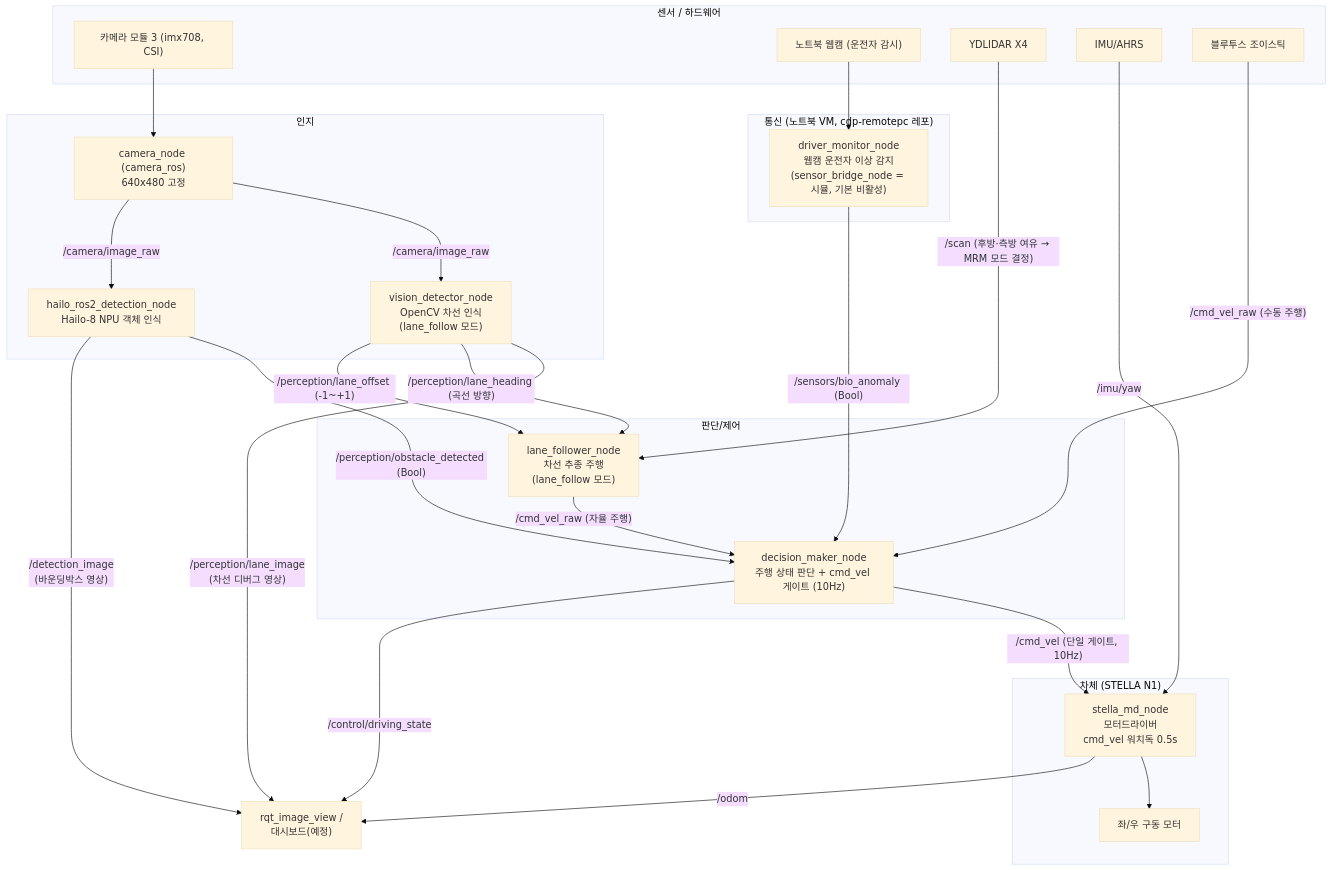
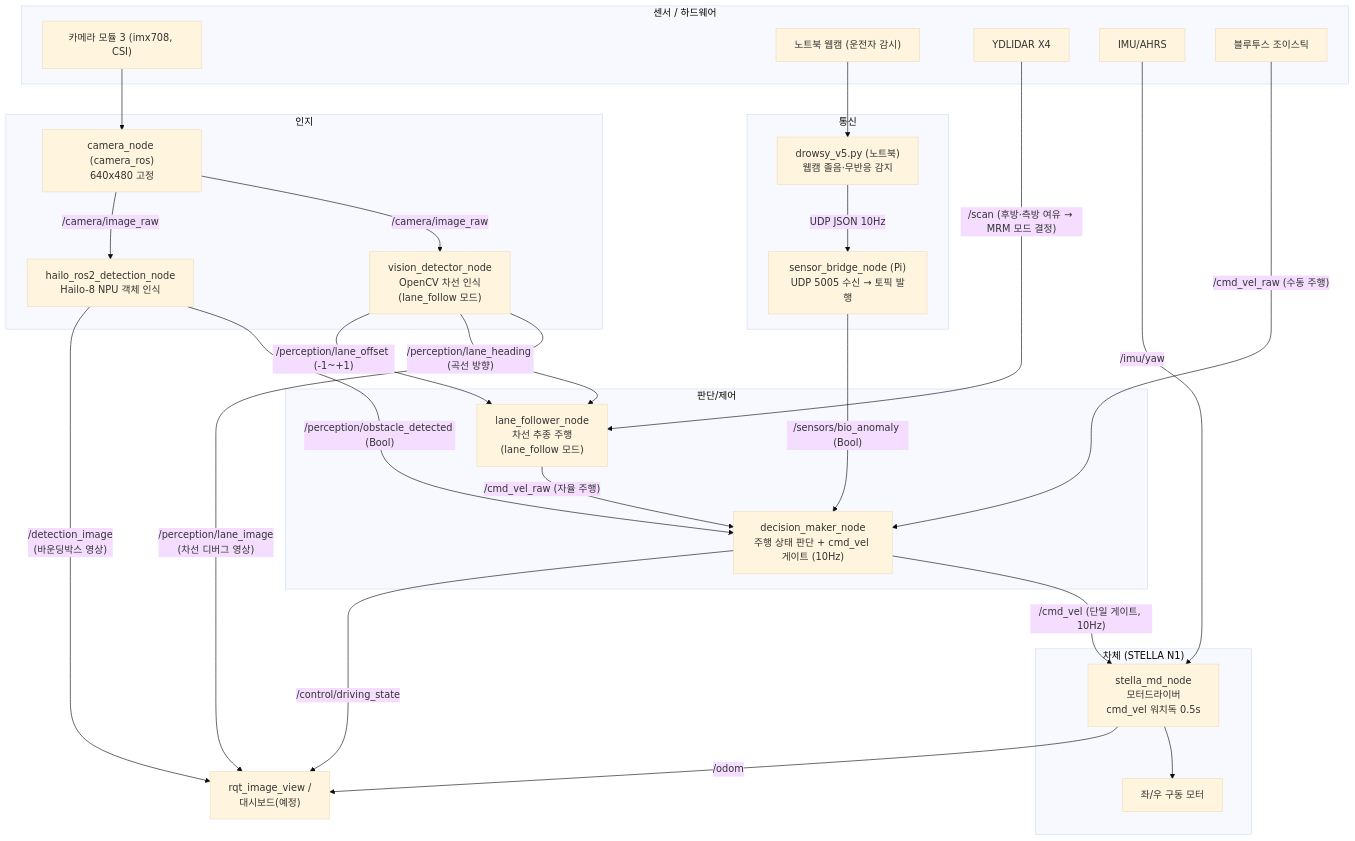
The first of 2 diagrams in docs/ARCHITECTURE.md (seungwp/2026_CDP), drawn with Mermaid (base theme) before and after one commit. The commit also changed other lines of this file and 9 other files, not shown here.

First line of the commit message:
fix(comms): 졸음 감지 UDP 연동 정리 — launch 연결, 얼굴 소실 판정, 문서 갱신

````diff
--- a/docs/ARCHITECTURE.md
+++ b/docs/ARCHITECTURE.md
@@ -50,49 +52,51 @@
 ```mermaid
 flowchart TD
     subgraph HW["센서 / 하드웨어"]
         CAM["카메라 모듈 3 (imx708, CSI)"]
         BIOHW["노트북 웹캠 (운전자 감시)"]
         LIDAR["YDLIDAR X4"]
         IMU["IMU/AHRS"]
         JOY["블루투스 조이스틱"]
     end
 
     subgraph PERCEPTION["인지"]
         CAMNODE["camera_node (camera_ros)<br/>640x480 고정"]
         HAILO["hailo_ros2_detection_node<br/>Hailo-8 NPU 객체 인식"]
         VD["vision_detector_node<br/>OpenCV 차선 인식<br/>(lane_follow 모드)"]
     end
 
-    subgraph COMMS["통신 (노트북 VM, cdp-remotepc 레포)"]
-        BRIDGE["driver_monitor_node<br/>웹캠 운전자 이상 감지<br/>(sensor_bridge_node = 시뮬, 기본 비활성)"]
+    subgraph COMMS["통신"]
+        DMS["drowsy_v5.py (노트북)<br/>웹캠 졸음·무반응 감지"]
+        BRIDGE["sensor_bridge_node (Pi)<br/>UDP 5005 수신 → 토픽 발행"]
+        DMS -- "UDP JSON 10Hz" --> BRIDGE
     end
 
     subgraph CONTROL["판단/제어"]
         DM["decision_maker_node<br/>주행 상태 판단 + cmd_vel 게이트 (10Hz)"]
         LF["lane_follower_node<br/>차선 추종 주행<br/>(lane_follow 모드)"]
     end
 
     subgraph BASE["차체 (STELLA N1)"]
         MD["stella_md_node<br/>모터드라이버<br/>cmd_vel 워치독 0.5s"]
         MOTOR["좌/우 구동 모터"]
     end
 
     CAM --> CAMNODE
-    BIOHW --> BRIDGE
+    BIOHW --> DMS
     CAMNODE -- "/camera/image_raw" --> HAILO
     HAILO -- "/detection_image<br/>(바운딩박스 영상)" --> VIEW["rqt_image_view /<br/>대시보드(예정)"]
     HAILO -- "/perception/obstacle_detected (Bool)" --> DM
     BRIDGE -- "/sensors/bio_anomaly (Bool)" --> DM
     DM -- "/control/driving_state" --> VIEW
     CAMNODE -- "/camera/image_raw" --> VD
     VD -- "/perception/lane_offset (-1~+1)" --> LF
     VD -- "/perception/lane_heading (곡선 방향)" --> LF
     VD -- "/perception/lane_image<br/>(차선 디버그 영상)" --> VIEW
     LF -- "/cmd_vel_raw (자율 주행)" --> DM
     JOY -- "/cmd_vel_raw (수동 주행)" --> DM
     DM -- "/cmd_vel (단일 게이트, 10Hz)" --> MD
     LIDAR -- "/scan (후방·측방 여유 → MRM 모드 결정)" --> LF
     IMU -- "/imu/yaw" --> MD
     MD -- "/odom" --> VIEW
     MD --> MOTOR
 ```
````
